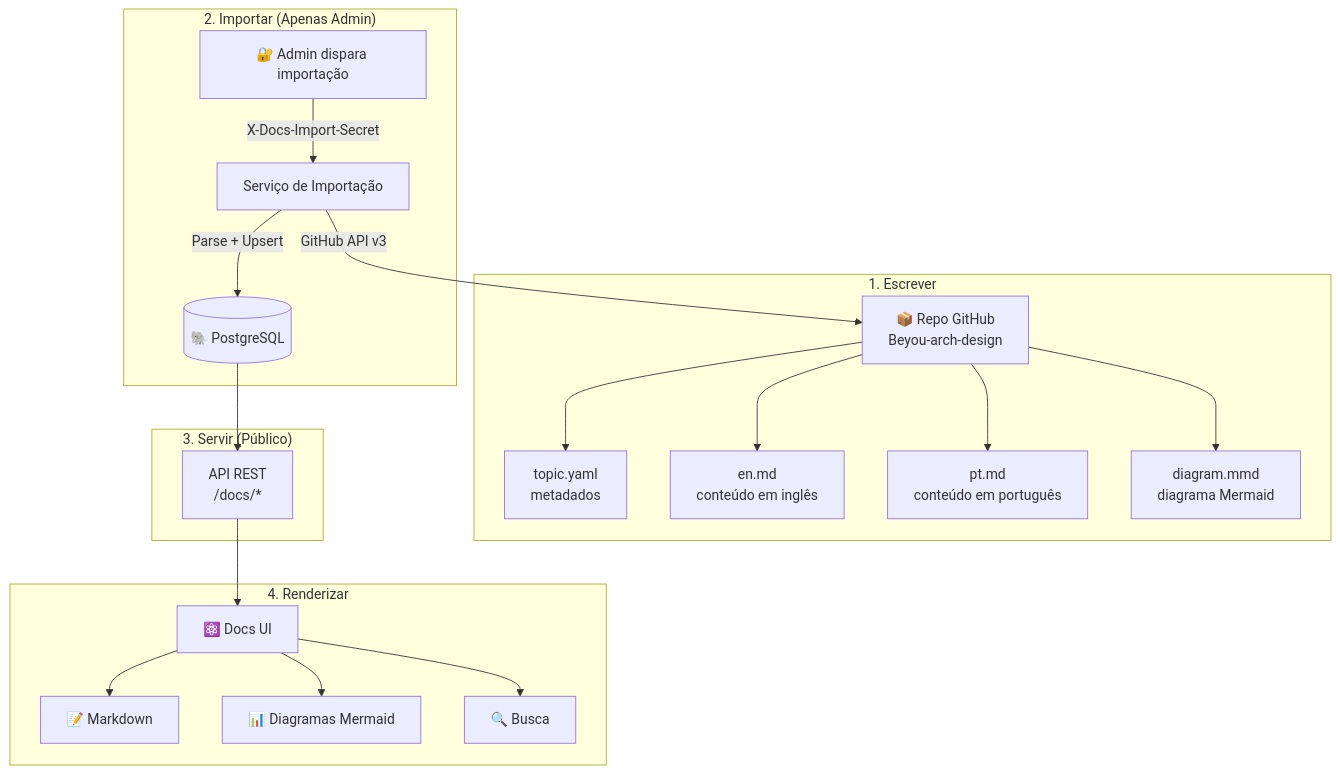
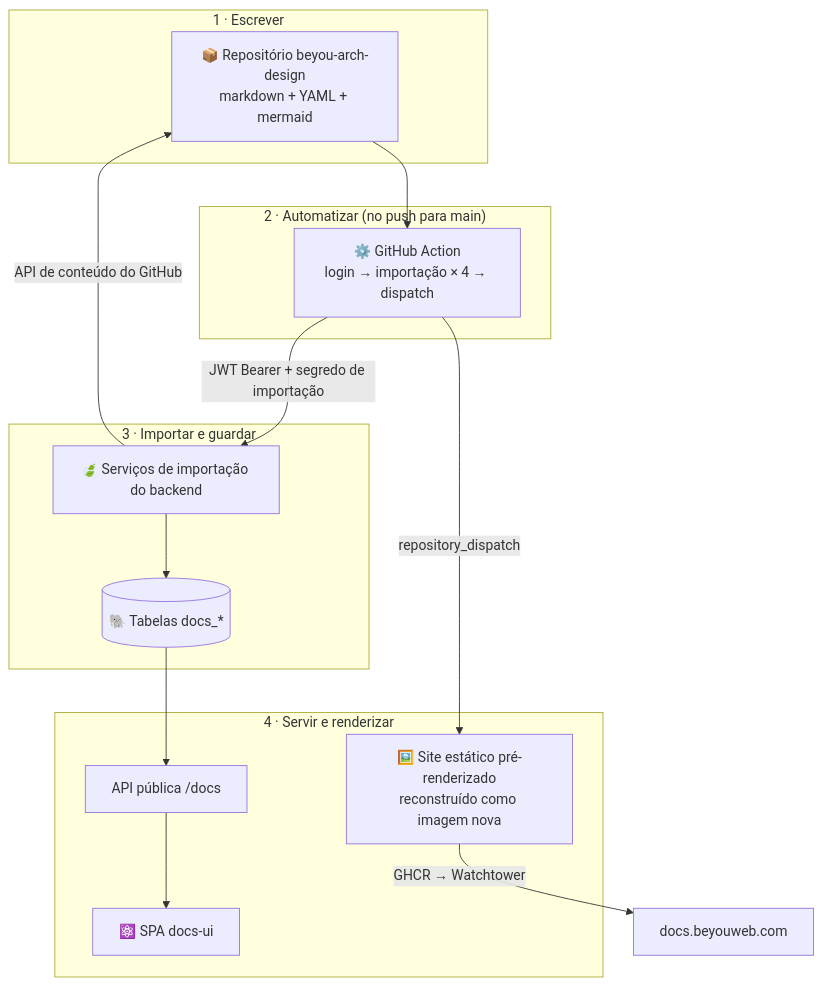
Before and after one commit to AndDev741/Beyou-arch-design: the diagram in architecture/docs-system/pt.md, drawn with Mermaid. The commit also changed other lines of this file and 3 other files, not shown here.

First line of the commit message:
docs(architecture): docs-system topic learns about its own automation

````diff
--- a/architecture/docs-system/pt.md
+++ b/architecture/docs-system/pt.md
@@ -12,28 +10,30 @@
 ```mermaid
 flowchart TD
-  subgraph "1. Escrever"
-    GH["📦 Repo GitHub<br/>Beyou-arch-design"]
-    GH --> YAML["topic.yaml<br/>metadados"]
-    GH --> EN["en.md<br/>conteúdo em inglês"]
-    GH --> PT["pt.md<br/>conteúdo em português"]
-    GH --> MMD["diagram.mmd<br/>diagrama Mermaid"]
+  subgraph write["1 · Escrever"]
+    GH["📦 Repositório beyou-arch-design<br/>markdown + YAML + mermaid"]
   end
 
-  subgraph "2. Importar (Apenas Admin)"
-    ADM["🔐 Admin dispara importação"]
-    ADM -->|"X-Docs-Import-Secret"| IMP["Serviço de Importação"]
-    IMP -->|"GitHub API v3"| GH
-    IMP -->|"Parse + Upsert"| DB[("🐘 PostgreSQL")]
+  subgraph automate["2 · Automatizar (no push para main)"]
+    WF["⚙️ GitHub Action<br/>login → importação × 4 → dispatch"]
   end
 
-  subgraph "3. Servir (Público)"
-    DB --> API["API REST<br/>/docs/*"]
+  subgraph store["3 · Importar e guardar"]
+    BE["🍃 Serviços de importação do backend"]
+    DB[("🐘 Tabelas docs_*")]
   end
 
-  subgraph "4. Renderizar"
-    API --> UI["⚛️ Docs UI"]
-    UI --> MD["📝 Markdown"]
-    UI --> DIA["📊 Diagramas Mermaid"]
-    UI --> SEARCH["🔍 Busca"]
+  subgraph serve["4 · Servir e renderizar"]
+    API["API pública /docs"]
+    UI["⚛️ SPA docs-ui"]
+    PRE["🖼️ Site estático pré-renderizado<br/>reconstruído como imagem nova"]
   end
+
+  GH --> WF
+  WF -->|"JWT Bearer + segredo de importação"| BE
+  BE -->|"API de conteúdo do GitHub"| GH
+  BE --> DB
+  DB --> API
+  API --> UI
+  WF -->|"repository_dispatch"| PRE
+  PRE -->|"GHCR → Watchtower"| LIVE["docs.beyouweb.com"]
 ```
````
